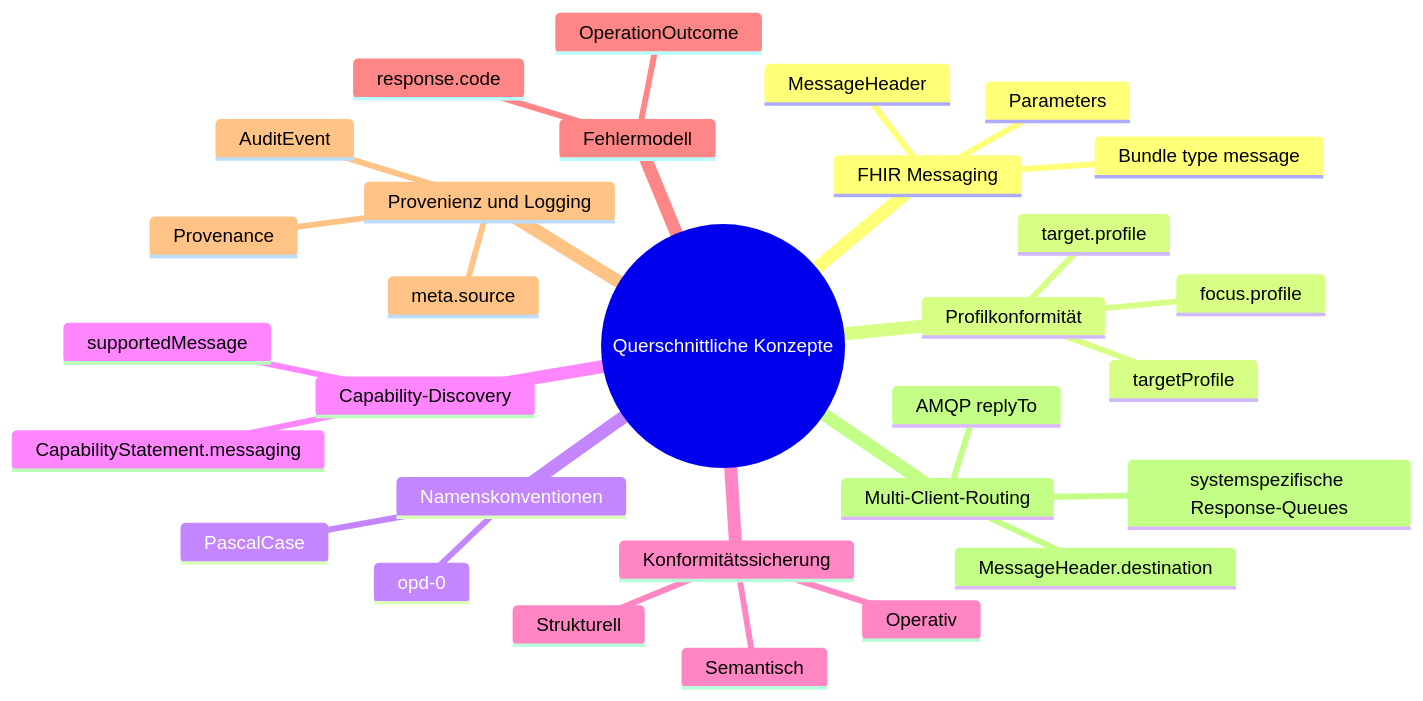
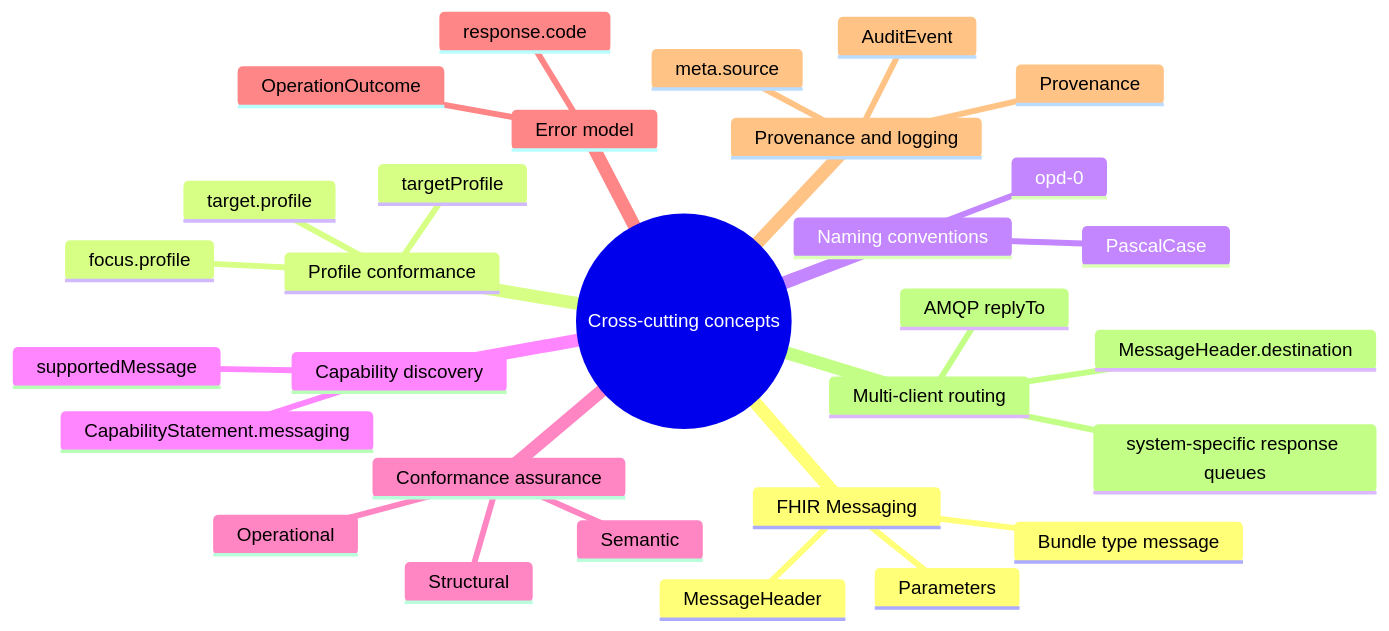
One commit to forschungsgruppe-digital-health/pds-query-broker changed the eighth of 9 diagrams in docs/ARCHITECTURE.md. Above: the diagram before and after it, drawn with Mermaid. The commit also changed other lines of this file and 40 other files, not shown here.

````diff
--- a/docs/ARCHITECTURE.md
+++ b/docs/ARCHITECTURE.md
@@ -338,33 +338,33 @@
 ```mermaid
 mindmap
-  root((Querschnittliche Konzepte))
+  root((Cross-cutting concepts))
     FHIR Messaging
       Bundle type message
       MessageHeader
       Parameters
-    Profilkonformität
+    Profile conformance
       targetProfile
       focus.profile
       target.profile
-    Namenskonventionen
+    Naming conventions
       PascalCase
       opd-0
-    Capability-Discovery
+    Capability discovery
       CapabilityStatement.messaging
       supportedMessage
-    Konformitätssicherung
-      Strukturell
-      Semantisch
-      Operativ
-    Fehlermodell
+    Conformance assurance
+      Structural
+      Semantic
+      Operational
+    Error model
       OperationOutcome
       response.code
-    Provenienz und Logging
+    Provenance and logging
       Provenance
       AuditEvent
       meta.source
-    Multi-Client-Routing
+    Multi-client routing
       MessageHeader.destination
       AMQP replyTo
-      systemspezifische Response-Queues
+      system-specific response queues
 ```
````
